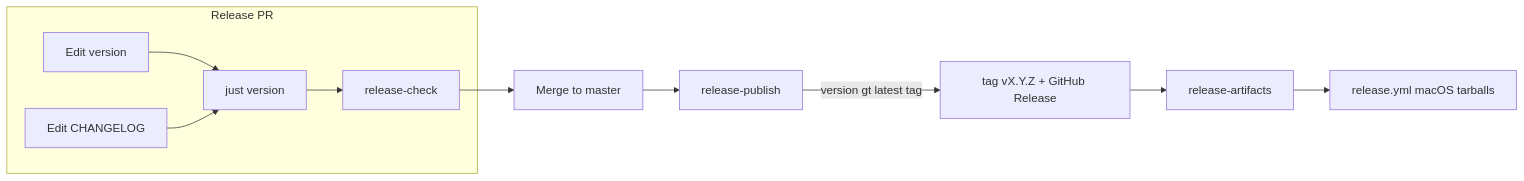
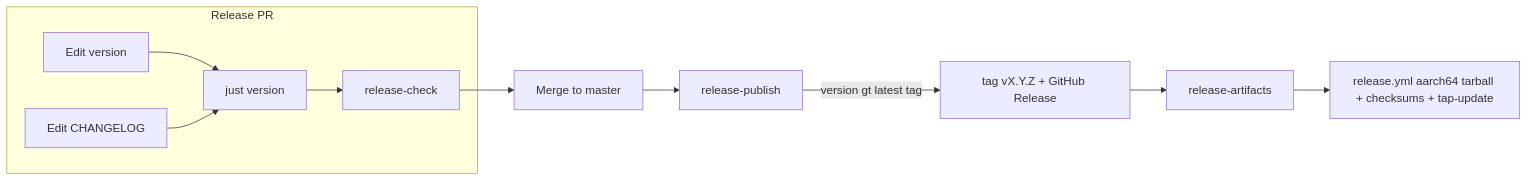
Before and after one commit to rubenlr/workpot: the diagram in docs/releasing.md, drawn with Mermaid. The commit also changed other lines of this file and 242 other files, not shown here.

````diff
--- a/docs/releasing.md
+++ b/docs/releasing.md
@@ -31,16 +31,16 @@
 ```mermaid
 flowchart LR
   subgraph pr [Release PR]
     V[Edit version]
     C[Edit CHANGELOG]
     J[just version]
     V --> J
     C --> J
     J --> CI[release-check]
   end
   CI --> Merge[Merge to master]
   Merge --> Pub[release-publish]
   Pub -->|"version gt latest tag"| Tag["tag vX.Y.Z + GitHub Release"]
   Tag --> Art[release-artifacts]
-  Art --> Bin[release.yml macOS tarballs]
+  Art --> Bin[release.yml aarch64 tarball + checksums + tap-update]
 ```
````
